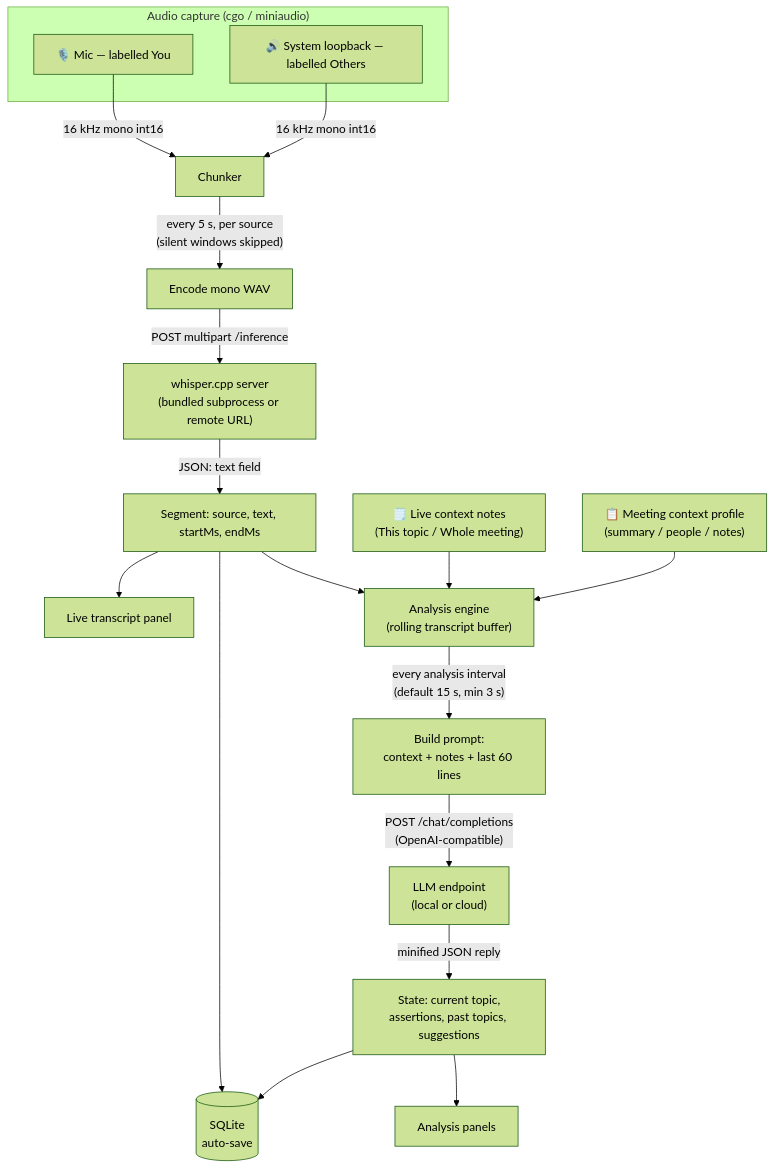
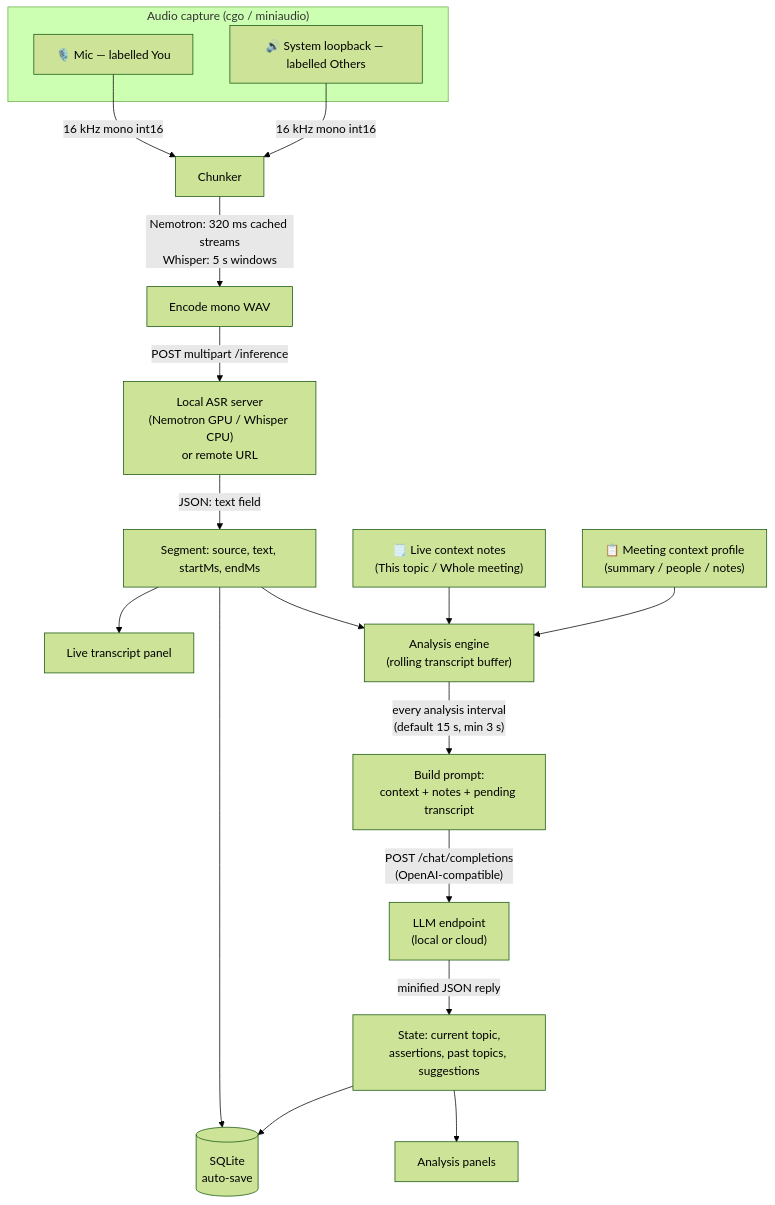
Before and after one commit to ridaken/Parley: the diagram in README.md, drawn with Mermaid (forest theme). The commit also changed other lines of this file and 18 other files, not shown here.

````diff
--- a/README.md
+++ b/README.md
@@ -38,27 +40,27 @@
 ```mermaid
 flowchart TD
     subgraph Capture["Audio capture (cgo / miniaudio)"]
         MIC["🎙️ Mic — labelled You"]
         SYS["🔊 System loopback — labelled Others"]
     end
 
     MIC -->|"16 kHz mono int16"| CH["Chunker"]
     SYS -->|"16 kHz mono int16"| CH
 
-    CH -->|"every 5 s, per source<br/>(silent windows skipped)"| WAV["Encode mono WAV"]
-    WAV -->|"POST multipart /inference"| WS["whisper.cpp server<br/>(bundled subprocess or remote URL)"]
+    CH -->|"Nemotron: 320 ms cached streams<br/>Whisper: 5 s windows"| WAV["Encode mono WAV"]
+    WAV -->|"POST multipart /inference"| WS["Local ASR server<br/>(Nemotron GPU / Whisper CPU)<br/>or remote URL"]
     WS -->|"JSON: text field"| SEG["Segment: source, text, startMs, endMs"]
 
     SEG --> UI1["Live transcript panel"]
     SEG --> DB[("SQLite<br/>auto-save")]
     SEG --> ENG["Analysis engine<br/>(rolling transcript buffer)"]
 
     NOTES["🗒️ Live context notes<br/>(This topic / Whole meeting)"] --> ENG
     PROFILE["📋 Meeting context profile<br/>(summary / people / notes)"] --> ENG
 
-    ENG -->|"every analysis interval<br/>(default 15 s, min 3 s)"| PROMPT["Build prompt:<br/>context + notes + last 60 lines"]
+    ENG -->|"every analysis interval<br/>(default 15 s, min 3 s)"| PROMPT["Build prompt:<br/>context + notes + pending transcript"]
     PROMPT -->|"POST /chat/completions<br/>(OpenAI-compatible)"| LLM["LLM endpoint<br/>(local or cloud)"]
     LLM -->|"minified JSON reply"| STATE["State: current topic,<br/>assertions, past topics, suggestions"]
     STATE --> UI2["Analysis panels"]
     STATE --> DB
 ```
````
